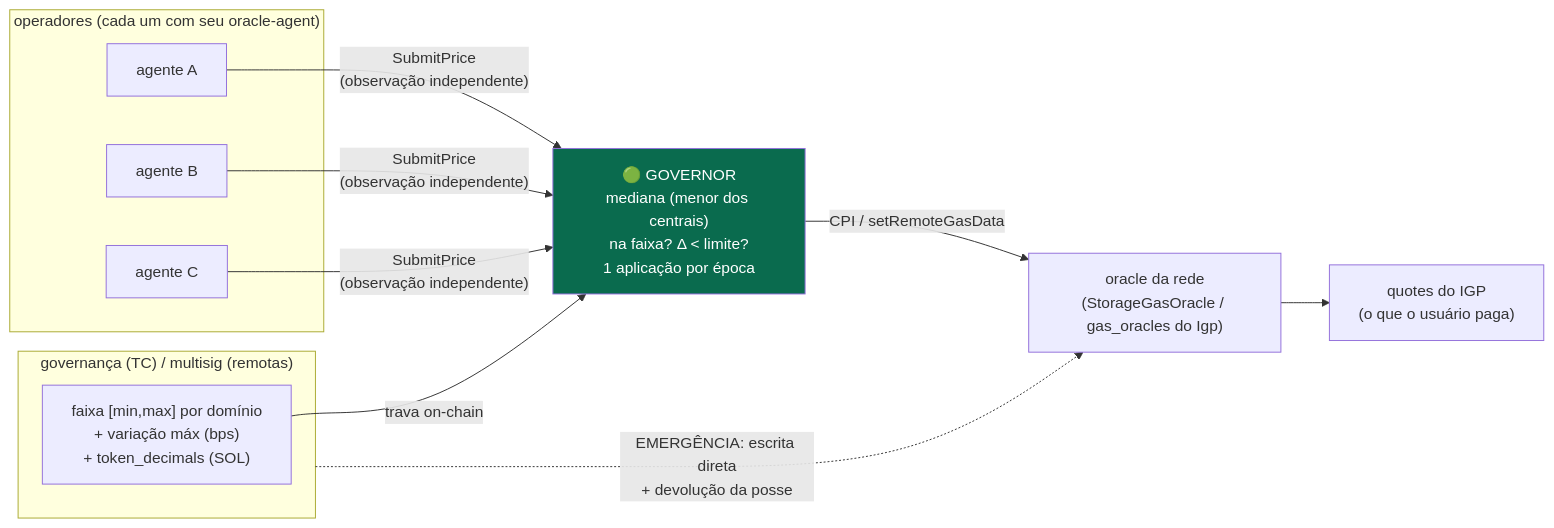
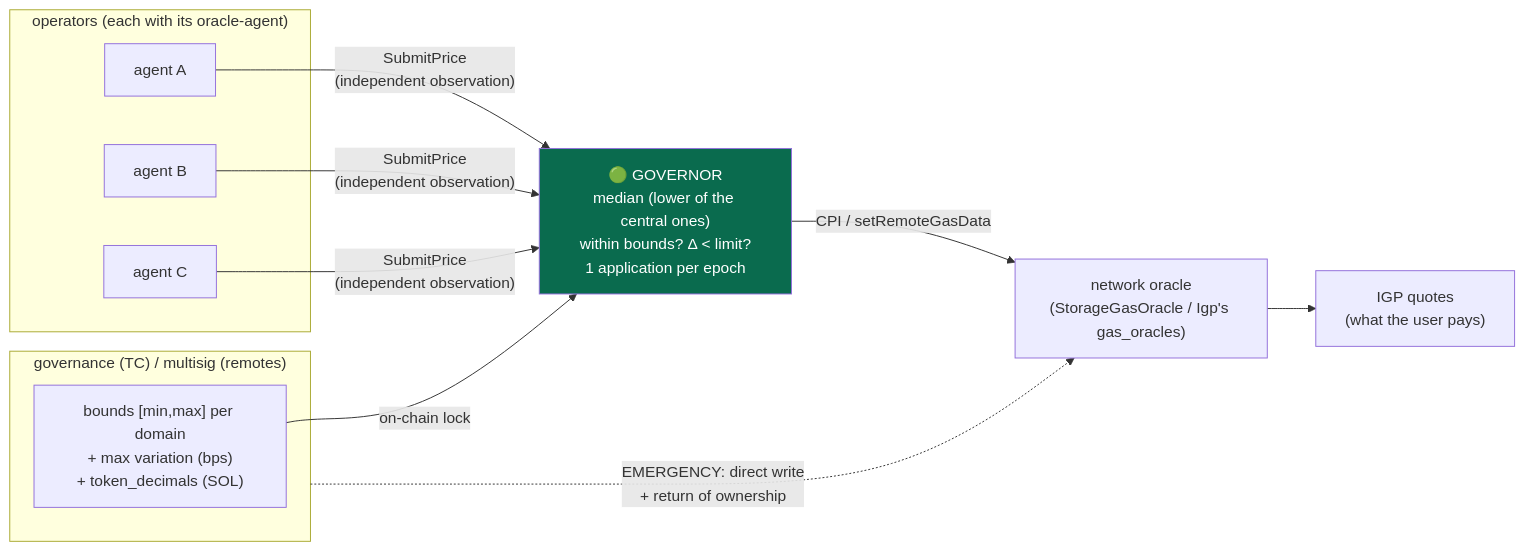
One commit to terra-classic-hyperlane/proof-of-delivery changed the eighth of 9 diagrams in docs/ARQUITETURA.md. Above: the diagram before and after it, drawn with Mermaid. The commit also changed other lines of this file and 29 other files, not shown here.

````diff
--- a/docs/ARQUITETURA.md
+++ b/docs/ARQUITETURA.md
@@ -212,18 +212,18 @@
 ```mermaid
 flowchart LR
-    subgraph DEFINE["governança (TC) / multisig (remotas)"]
-        FX["faixa [min,max] por domínio<br/>+ variação máx (bps)<br/>+ token_decimals (SOL)"]
+    subgraph DEFINE["governance (TC) / multisig (remotes)"]
+        FX["bounds [min,max] per domain<br/>+ max variation (bps)<br/>+ token_decimals (SOL)"]
     end
-    subgraph OPS["operadores (cada um com seu oracle-agent)"]
-        OA["agente A"] & OB["agente B"] & OC["agente C"]
+    subgraph OPS["operators (each with its oracle-agent)"]
+        OA["agent A"] & OB["agent B"] & OC["agent C"]
     end
-    G["🟢 GOVERNOR<br/>mediana (menor dos centrais)<br/>na faixa? Δ < limite?<br/>1 aplicação por época"]
-    ORC["oracle da rede<br/>(StorageGasOracle / gas_oracles do Igp)"]
-    QUOTE["quotes do IGP<br/>(o que o usuário paga)"]
+    G["🟢 GOVERNOR<br/>median (lower of the central ones)<br/>within bounds? Δ < limit?<br/>1 application per epoch"]
+    ORC["network oracle<br/>(StorageGasOracle / Igp's gas_oracles)"]
+    QUOTE["IGP quotes<br/>(what the user pays)"]
 
-    FX -- "trava on-chain" --> G
-    OA & OB & OC -- "SubmitPrice<br/>(observação independente)" --> G
+    FX -- "on-chain lock" --> G
+    OA & OB & OC -- "SubmitPrice<br/>(independent observation)" --> G
     G -- "CPI / setRemoteGasData" --> ORC --> QUOTE
-    DEFINE -. "EMERGÊNCIA: escrita direta<br/>+ devolução da posse" .-> ORC
+    DEFINE -. "EMERGENCY: direct write<br/>+ return of ownership" .-> ORC
     style G fill:#0a6b4e,color:#fff
 ```
````
